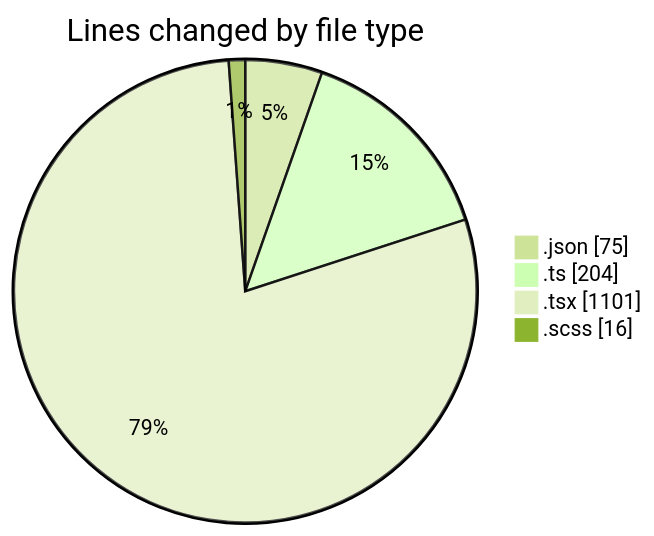
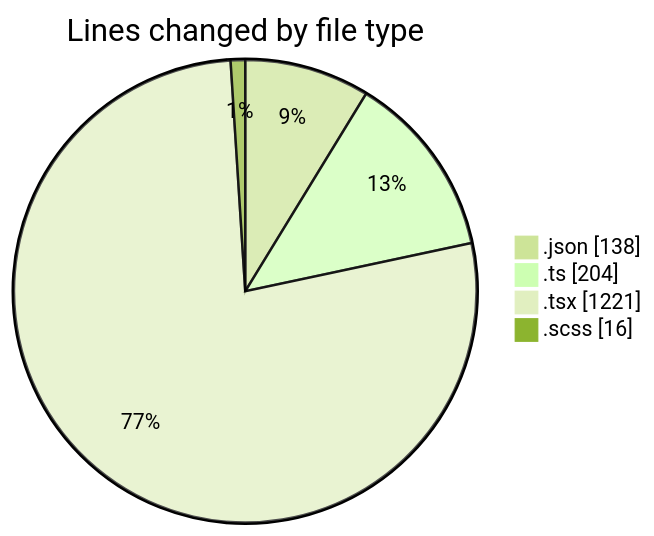
Before and after one commit to momahboobian/code-tracking: the first of 2 diagrams in 2026-04-21/ise-web-ofcom/README.md, drawn with Mermaid (forest theme). The commit also changed other lines of this file and 1 other file, not shown here.

````diff
--- a/2026-04-21/ise-web-ofcom/README.md
+++ b/2026-04-21/ise-web-ofcom/README.md
@@ -28,8 +29,8 @@
 ```mermaid
 pie showData
 title Lines changed by file type
-".json" : 75
+".json" : 138
 ".ts" : 204
-".tsx" : 1101
+".tsx" : 1221
 ".scss" : 16
 ```
````
